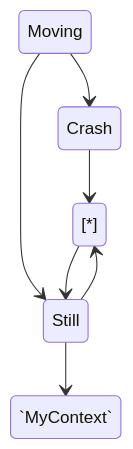
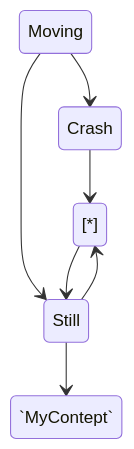
Before and after one commit to swimmio/csharp-shaul-test: the first of 2 diagrams in .swm/marmaid-draft.gby47omg.sw.md, drawn with Mermaid. The commit also changed other lines of this file, not shown here.

Commit message:
docs(swimm): update doc: "Marmaid draft"

````diff
--- a/.swm/marmaid-draft.gby47omg.sw.md
+++ b/.swm/marmaid-draft.gby47omg.sw.md
@@ -9,10 +9,10 @@
 ```mermaid
 stateDiagram-v2
 [\*] --> Still
 Still --> [\*]
-Still --> `MyContext`
+Still --> `MyContept`
 Moving --> Still
 Moving --> Crash
 Crash --> [\*]
 
 ```
````
